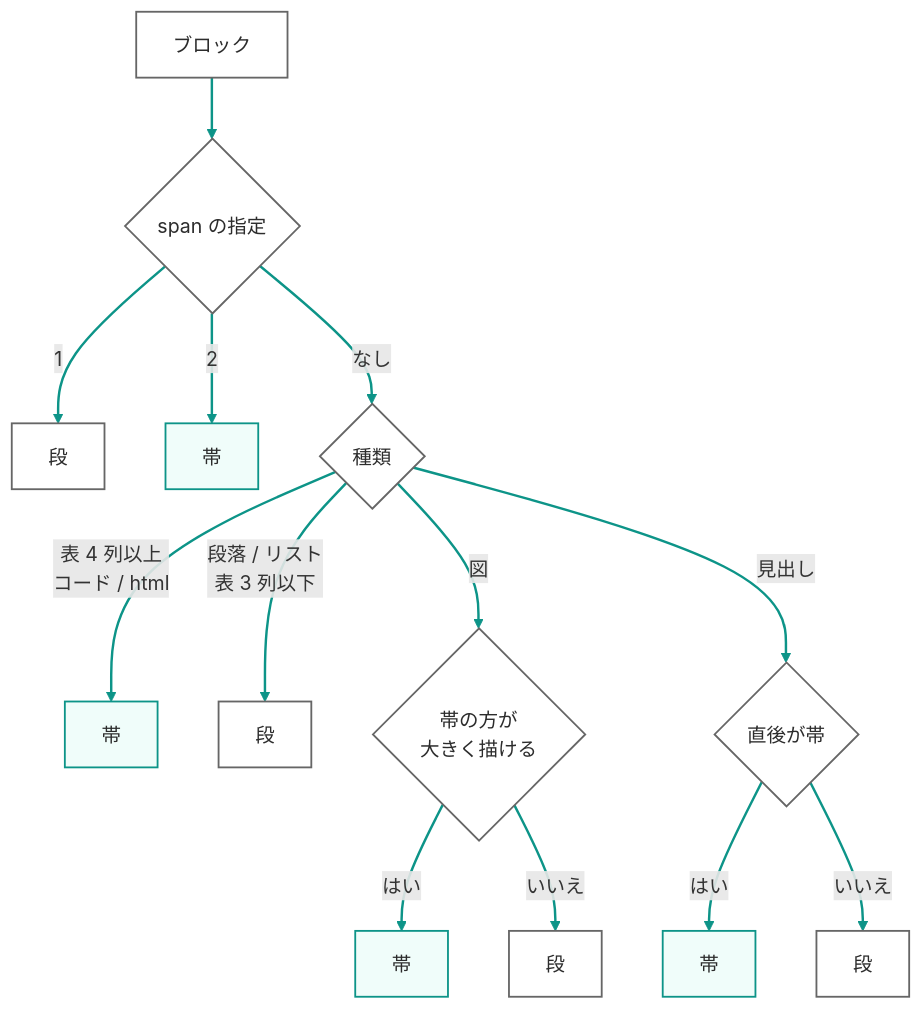
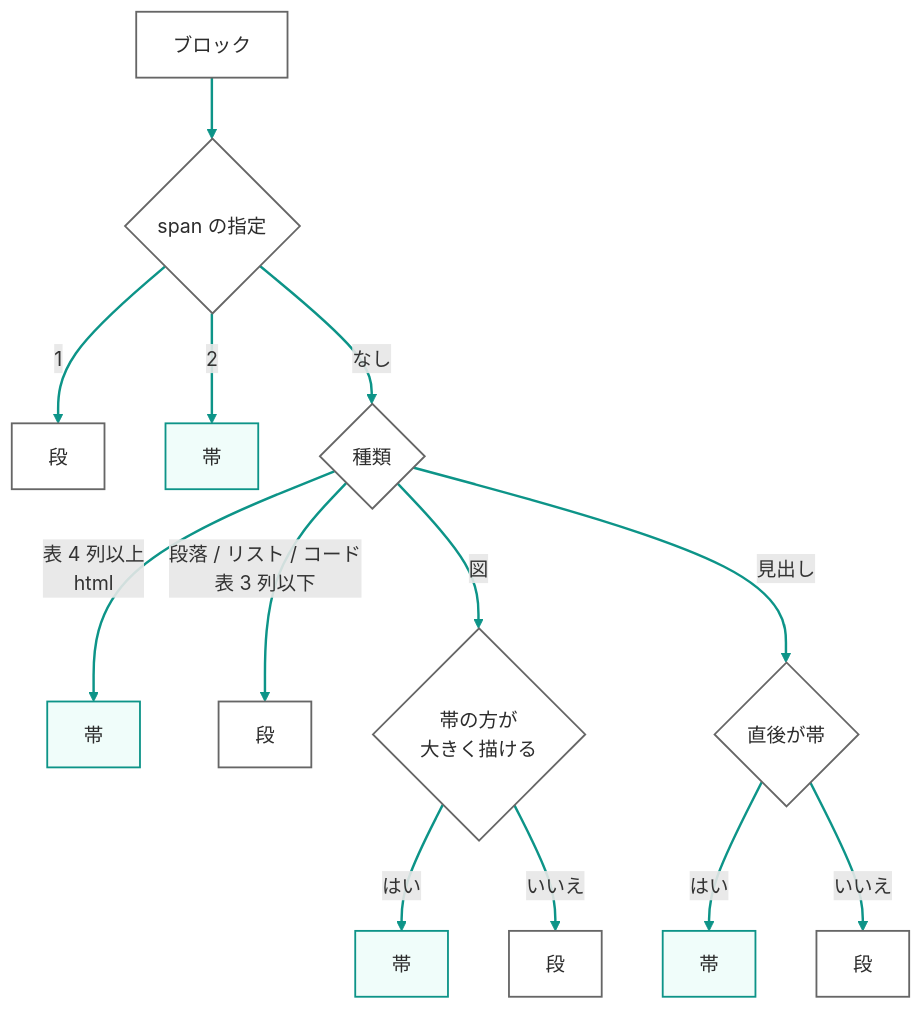
The second of 3 diagrams in docs/DESIGN_ja.md (gospelo-dev/md2html), drawn with Mermaid before and after one commit. The commit also changed other lines of this file and 7 other files, not shown here.

First line of the commit message:
docs: update for code blocks, Mermaid splits, and column balancing rules

````diff
--- a/docs/DESIGN_ja.md
+++ b/docs/DESIGN_ja.md
@@ -122,21 +124,21 @@
 ```mermaid
 flowchart TB
     S["ブロック"] --> Q1{"span の指定"}
     Q1 -->|1| C1["段"]
     Q1 -->|2| B1["帯"]
     Q1 -->|なし| Q2{"種類"}
-    Q2 -->|表 4 列以上<br/>コード / html| B2["帯"]
-    Q2 -->|段落 / リスト<br/>表 3 列以下| C2["段"]
+    Q2 -->|表 4 列以上<br/>html| B2["帯"]
+    Q2 -->|段落 / リスト / コード<br/>表 3 列以下| C2["段"]
     Q2 -->|図| Q3{"帯の方が<br/>大きく描ける"}
     Q3 -->|はい| B3["帯"]
     Q3 -->|いいえ| C3["段"]
     Q2 -->|見出し| Q4{"直後が帯"}
     Q4 -->|はい| B4["帯"]
     Q4 -->|いいえ| C4["段"]
 
     classDef node fill:#FFFFFF,stroke:#666666,stroke-width:1.5px,color:#2C2C2C
     classDef band fill:#F0FDFA,stroke:#0D9488,stroke-width:1.5px,color:#2C2C2C
     class S,Q1,Q2,Q3,Q4,C1,C2,C3,C4 node
     class B1,B2,B3,B4 band
     linkStyle 0,1,2,3,4,5,6,7,8,9,10,11 stroke:#0D9488,stroke-width:2px
 ```
````
